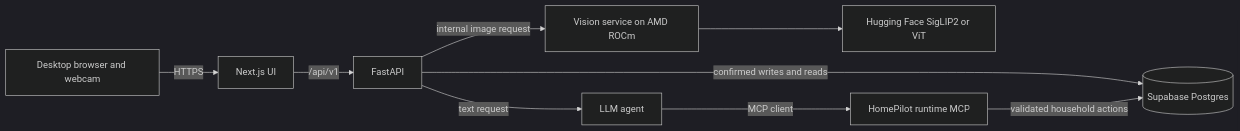
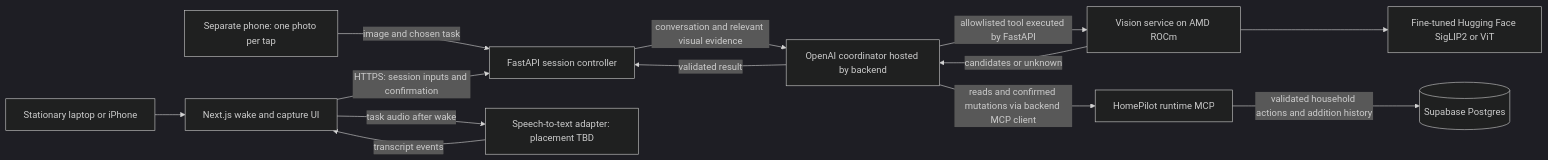
The diagram in docs/ARCHITECTURE.md (dhyansuresh/home-assistant), drawn with Mermaid (dark theme) before and after one commit. The commit also changed other lines of this file and 11 other files, not shown here.

````diff
--- a/docs/ARCHITECTURE.md
+++ b/docs/ARCHITECTURE.md
@@ -9,11 +9,15 @@
 ```mermaid
 flowchart LR
-  U[Desktop browser and webcam] -->|HTTPS| W[Next.js UI]
-  W -->|/api/v1| B[FastAPI]
-  B -->|internal image request| V[Vision service on AMD ROCm]
-  V --> M[Hugging Face SigLIP2 or ViT]
-  B -->|confirmed writes and reads| S[(Supabase Postgres)]
-  B -->|text request| A[LLM agent]
-  A -->|MCP client| R[HomePilot runtime MCP]
-  R -->|validated household actions| S
+  U[Stationary laptop or iPhone] --> W[Next.js wake and capture UI]
+  P[Separate phone: one photo per tap] -->|image and chosen task| B[FastAPI session controller]
+  W -->|task audio after wake| T[Speech-to-text adapter: placement TBD]
+  T -->|transcript events| W
+  W -->|HTTPS: session inputs and confirmation| B
+  B -->|conversation and relevant visual evidence| A[OpenAI coordinator hosted by backend]
+  A -->|allowlisted tool executed by FastAPI| V[Vision service on AMD ROCm]
+  V --> M[Fine-tuned Hugging Face SigLIP2 or ViT]
+  V -->|candidates or unknown| A
+  A -->|validated result| B
+  A -->|reads and confirmed mutations via backend MCP client| R[HomePilot runtime MCP]
+  R -->|validated household actions and addition history| S[(Supabase Postgres)]
 ```
````
